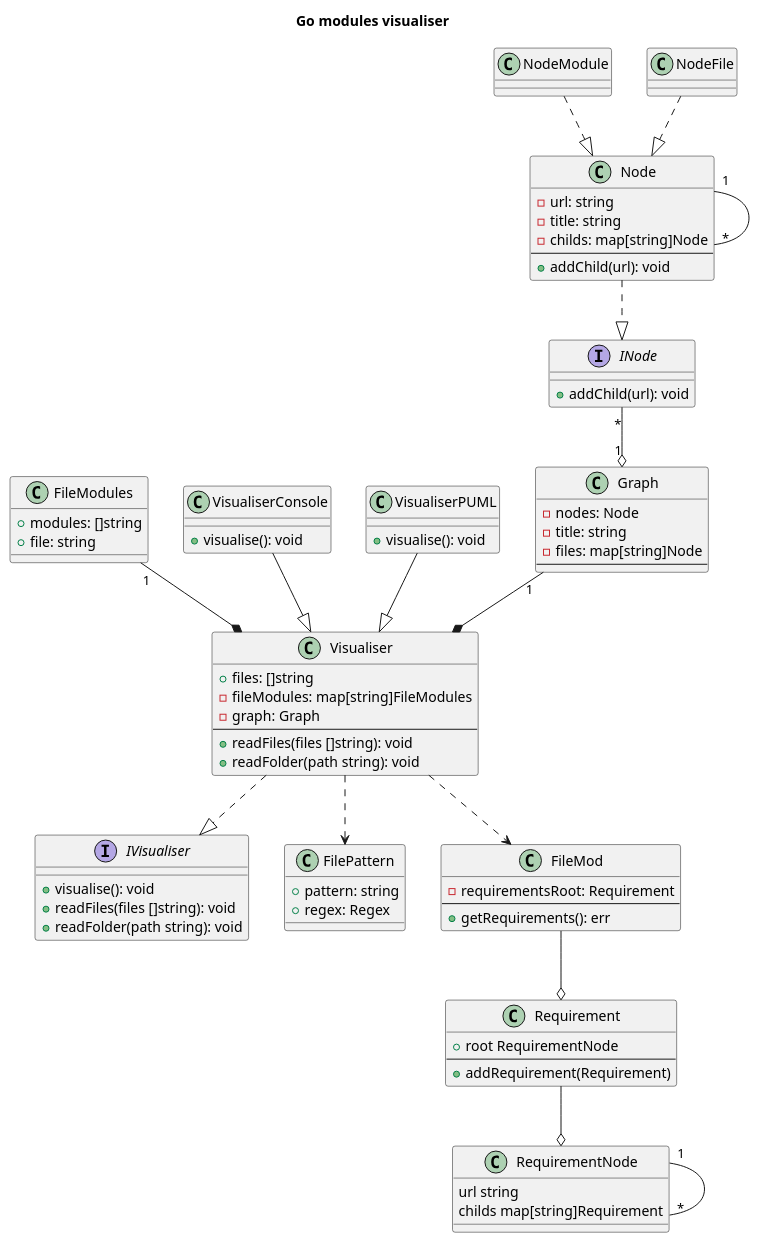
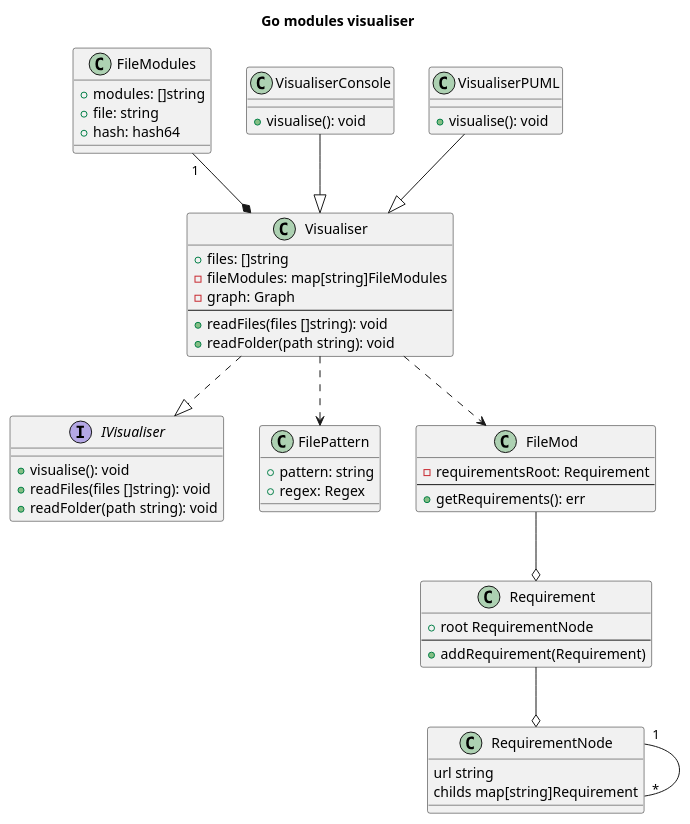
One commit to MBHuman/ModuleVisualiser changed the diagram in diagrams/struct.puml. Above: the diagram before and after it, drawn with PlantUML. The commit also changed 5 other files, not shown here.

```diff
--- a/diagrams/struct.puml
+++ b/diagrams/struct.puml
@@ -1,100 +1,68 @@
 @startuml ModulesVisualiser
 
 title "Go modules visualiser"
 
 interface IVisualiser {
     + visualise(): void
     + readFiles(files []string): void
     + readFolder(path string): void
 }
 
 class FileModules {
     + modules: []string
     + file: string
+    + hash: hash64
 }
 
 class Visualiser {
     + files: []string
     - fileModules: map[string]FileModules
     - graph: Graph
     --
     + readFiles(files []string): void
     + readFolder(path string): void
 }
 
 class VisualiserConsole {
     + visualise(): void
 }
 
 class VisualiserPUML {
     + visualise(): void
-}
-
-
-interface INode {
-    + addChild(url): void
-}
-
-class Node {
-    - url: string
-    - title: string
-    - childs: map[string]Node
-    --
-    + addChild(url): void
-}
-
-class NodeModule {
-}
-
-class NodeFile {
 }
 
 class FilePattern {
     + pattern: string
     + regex: Regex
 }
 
 class RequirementNode {
     url string
     childs map[string]Requirement
 }
 
 class Requirement {
     + root RequirementNode
     --
     + addRequirement(Requirement)
 }
 
 
 class FileMod {
     - requirementsRoot: Requirement
     --
     + getRequirements(): err
 }
-
-class Graph {
-    - nodes: Node
-    - title: string
-    - files: map[string]Node
-    --
-}
-
-Node ..|> INode
 VisualiserConsole --|> Visualiser
 VisualiserPUML --|> Visualiser
 Visualiser ..|> IVisualiser
 Visualiser ..> FilePattern
-INode "*" --o "1" Graph
-Node "1" -- "*" Node
-NodeModule ..|> Node
-NodeFile ..|> Node
-Graph "1" --* Visualiser
 FileModules "1" --* Visualiser
 Visualiser ..> FileMod
 
 RequirementNode "1" -- "*" RequirementNode
 Requirement --o RequirementNode
 FileMod --o Requirement
 
 
 @enduml
```
